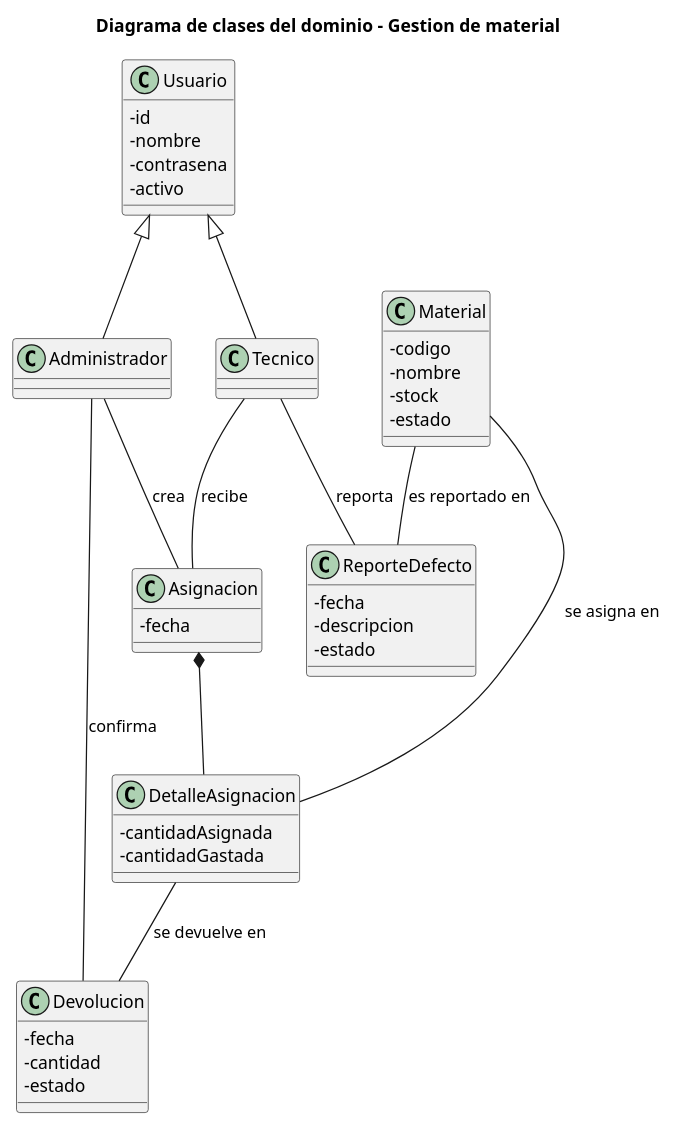
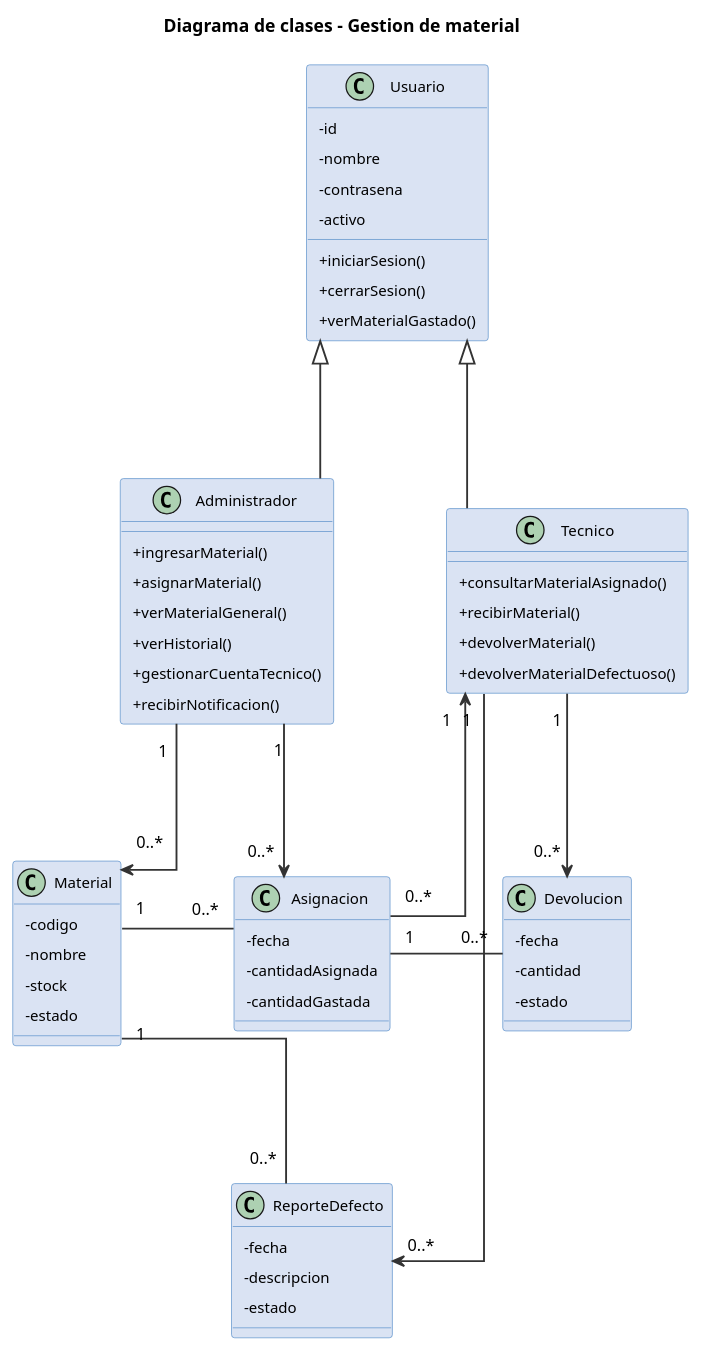
One commit to johanhenao932-design/proyecto-ingenieria-software1 changed the diagram in docs/04-class-diagram.md. Above: the diagram before and after it, drawn with PlantUML. The commit also changed other lines of this file and 1 other file, not shown here.

Commit message:
se actualiza diagrama uml

```diff
--- a/docs/04-class-diagram.md
+++ b/docs/04-class-diagram.md
@@ -114,50 +112,96 @@
 @startuml
-title Diagrama de clases del dominio - Gestion de material
+title Diagrama de clases - Gestion de material
+
 skinparam classAttributeIconSize 0
+skinparam linetype ortho
+skinparam nodesep 90
+skinparam ranksep 110
+skinparam padding 4
+skinparam shadowing false
+skinparam ArrowColor #333333
+skinparam ArrowThickness 1.5
+skinparam class {
+  BackgroundColor #DAE3F3
+  BorderColor #4A86C5
+  FontSize 14
+  AttributeFontSize 12
+}
 
+' ===== FILA 1: clase padre =====
 class Usuario {
   - id
   - nombre
   - contrasena
   - activo
+  + iniciarSesion()
+  + cerrarSesion()
+  + verMaterialGastado()
 }
-class Administrador
-class Tecnico
 
+' ===== FILA 2: actores =====
+class Administrador {
+  + ingresarMaterial()
+  + asignarMaterial()
+  + verMaterialGeneral()
+  + verHistorial()
+  + gestionarCuentaTecnico()
+  + recibirNotificacion()
+}
+
+class Tecnico {
+  + consultarMaterialAsignado()
+  + recibirMaterial()
+  + devolverMaterial()
+  + devolverMaterialDefectuoso()
+}
+
+' ===== FILA 3: clases de datos =====
 class Material {
   - codigo
   - nombre
   - stock
   - estado
 }
+
 class Asignacion {
   - fecha
-}
-class DetalleAsignacion {
   - cantidadAsignada
   - cantidadGastada
 }
+
 class Devolucion {
   - fecha
   - cantidad
   - estado
 }
+
+' ===== FILA 4 =====
 class ReporteDefecto {
   - fecha
   - descripcion
   - estado
 }
 
-Usuario <|-- Administrador
-Usuario <|-- Tecnico
+' ===== Herencia =====
+Usuario <|-down- Administrador
+Usuario <|-down- Tecnico
 
-Asignacion *-- DetalleAsignacion
+' ===== Administrador (lado izquierdo) =====
+Administrador "1" -down-> "0..*" Material
+Administrador "1" -down-> "0..*" Asignacion
 
-Administrador -- Asignacion : crea
-Tecnico -- Asignacion : recibe
-Material -- DetalleAsignacion : se asigna en
-DetalleAsignacion -- Devolucion : se devuelve en
-Administrador -- Devolucion : confirma
-Tecnico -- ReporteDefecto : reporta
-Material -- ReporteDefecto : es reportado en
+' ===== Tecnico (lado derecho) =====
+Tecnico "1" <-down- "0..*" Asignacion
+Tecnico "1" -down-> "0..*" Devolucion
+Tecnico "1" -down-> "0..*" ReporteDefecto
+
+' ===== Relaciones entre clases de datos =====
+Material "1" -right- "0..*" Asignacion
+Asignacion "1" -right- "0..*" Devolucion
+Material "1" -down- "0..*" ReporteDefecto
+
+' ===== Ayudas de orden =====
+Material -[hidden]right- Asignacion
+Asignacion -[hidden]right- Devolucion
+Asignacion -[hidden]down- ReporteDefecto
 @enduml
```
